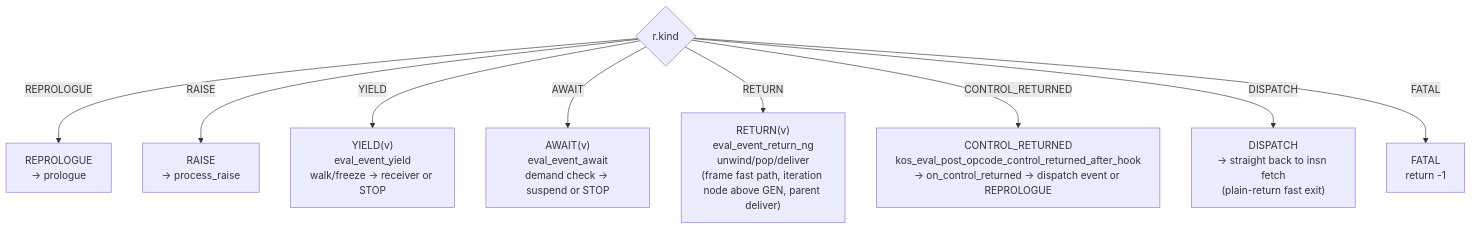
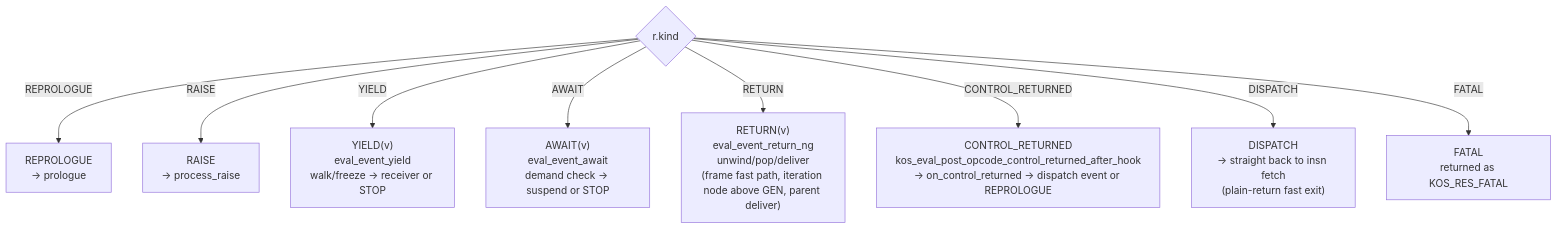
Before and after one commit to koskari-lang/koskari: the seventh of 12 diagrams in design/EVALUATOR.md, drawn with Mermaid. The commit also changed other lines of this file and 10 other files, not shown here.

````diff
--- a/design/EVALUATOR.md
+++ b/design/EVALUATOR.md
@@ -462,21 +463,21 @@
 ```mermaid
 flowchart TD
     kind{"r.kind"}
     repro["REPROLOGUE<br/>→ prologue"]
     raise["RAISE<br/>→ process_raise"]
     yield["YIELD(v)<br/>eval_event_yield<br/>walk/freeze → receiver or STOP"]
     await["AWAIT(v)<br/>eval_event_await<br/>demand check → suspend or STOP"]
     ret["RETURN(v)<br/>eval_event_return_ng<br/>unwind/pop/deliver<br/>(frame fast path, iteration node above GEN, parent deliver)"]
     ctrl["CONTROL_RETURNED<br/>kos_eval_post_opcode_control_returned_after_hook<br/>→ on_control_returned → dispatch event or REPROLOGUE"]
     disp["DISPATCH<br/>→ straight back to insn fetch<br/>(plain-return fast exit)"]
-    fatal["FATAL<br/>return -1"]
+    fatal["FATAL<br/>returned as KOS_RES_FATAL"]
 
     kind -->|REPROLOGUE| repro
     kind -->|RAISE| raise
     kind -->|YIELD| yield
     kind -->|AWAIT| await
     kind -->|RETURN| ret
     kind -->|CONTROL_RETURNED| ctrl
     kind -->|DISPATCH| disp
     kind -->|FATAL| fatal
 ```
````
